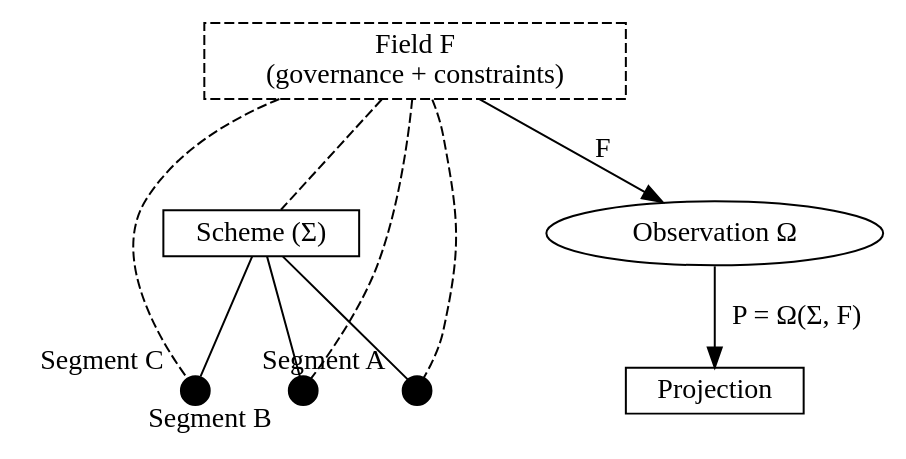
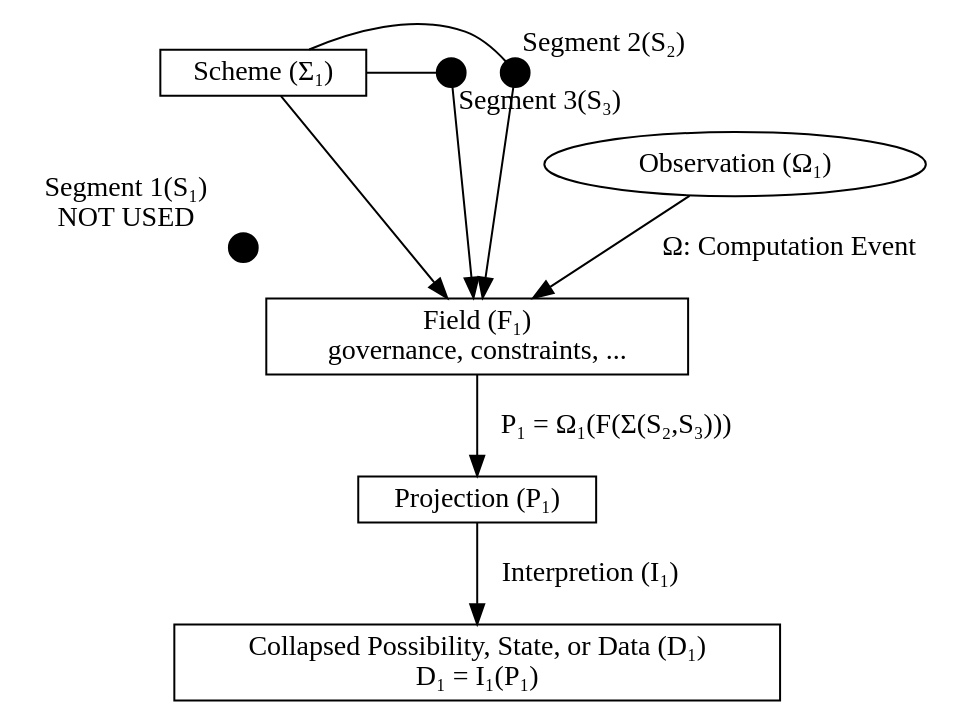
The first of 8 diagrams in docs/Whitepaper.qmd (ssccsorg/ssccs), drawn with Graphviz before and after one commit. The commit also changed other lines of this file and 3 other files, not shown here.

Commit message:
wp: enhance ssccs model diagram part

````diff
--- a/docs/Whitepaper.qmd
+++ b/docs/Whitepaper.qmd
@@ -137,45 +148,53 @@
 ```{dot}
 //| label: fig-ontology
 //| fig-cap: "SSCCS Ontology: Three irreducible layers"
 digraph SSCCS_Ontology {
     node [shape=rect];
     
-    // Left: Atomic Segments (immutable coordinates)
+    // Static Infrastructure: Immutable physical coordinates (S1 is defined but not utilized)
     node [shape=point, width=0.2, height=0.2];
-    s1 [xlabel="Segment A"];
-    s2 [xlabel="Segment B"];
-    s3 [xlabel="Segment C"];
+    s1 [xlabel="Segment 1(S₁)\nNOT USED"];
+    s2 [xlabel="Segment 2(S₂)"];
+    s3 [xlabel="Segment 3(S₃)"];
     
-    // Center-left: Scheme (structural blueprint)
-    Scheme [label="Scheme (Σ)", shape=rect];
+    // Structural Blueprint: Topological configuration of segments
+    Scheme [label="Scheme (Σ₁)", shape=rect];
     
-    // Center: Field (dynamic governance)
-    Field [label="Field F\n(governance + constraints)", shape=rect, style=dashed];
+    // Dynamic Governance: The medium for constraints and field propagation
+    Field [label="Field (F₁)\ngovernance, constraints, ...", shape=rect];
     
-    // Center-right: Observation event
-    Observation [label="Observation Ω", shape=ellipse];
+    // Computation Event: The triggering observation that initiates projection
+    Observation [label="Observation (Ω₁)", shape=ellipse];
     
-    // Right: Projection (result)
-    Projection [label="Projection", shape=box];
+    // Manifested State: The output of the field under observation
+    Projection [label="Projection (P₁)\n", shape=box];
+
+    // Final Deterministic State: Interpreted data from the projection
+    Data [label="Collapsed Possibility, State, or Data (D₁)\nD₁ = I₁(P₁)", shape=box];
     
-    // Scheme references Segments (structural relations)
-    edge [arrowhead=none, style=solid];
-    Scheme -> s1;
-    Scheme -> s2;
-    Scheme -> s3;
+    // Structural Binding: Defines the static relationship between Scheme and Segments
+    {rank=source;
+        edge [arrowhead=none, style=solid];
+        Scheme -> s2;
+        Scheme -> s3;
+    }
     
-    // Field influences both Scheme and Segments (dashed)
-    edge [arrowhead=none, style=dashed];
-    Field -> Scheme;
-    Field -> s1;
-    Field -> s2;
-    Field -> s3;
+    // Structural Input: Topology and Segments define the Field's boundary conditions
+    edge [arrowhead=normal];
+    Scheme -> Field;
+
+    edge [arrowhead=normal];
+    s2 -> Field;
+    s3 -> Field;
+
+    // Trigger Mechanism: Observation acts as the operator on the Field
+    edge [arrowhead=normal, style=solid];
+    Observation -> Field [label="Ω: Computation Event"];
     
-    // Observation takes Scheme and Field as inputs
-    edge [arrowhead=normal, style=solid];
-    Field -> Observation [label="F"];
-    
-    // Observation produces a Projection
-    Observation -> Projection [label="P = Ω(Σ, F)"];
+    // Resultant Projection: Field manifests the state through the observation operator
+    Field -> Projection [label="P₁ = Ω₁(F(Σ(S₂,S₃)))"];
+
+    // Data Derivation: The final step of interpreting physical projection into data
+    Projection -> Data [label="Interpretion (I₁)"];
 }
 ```
````
